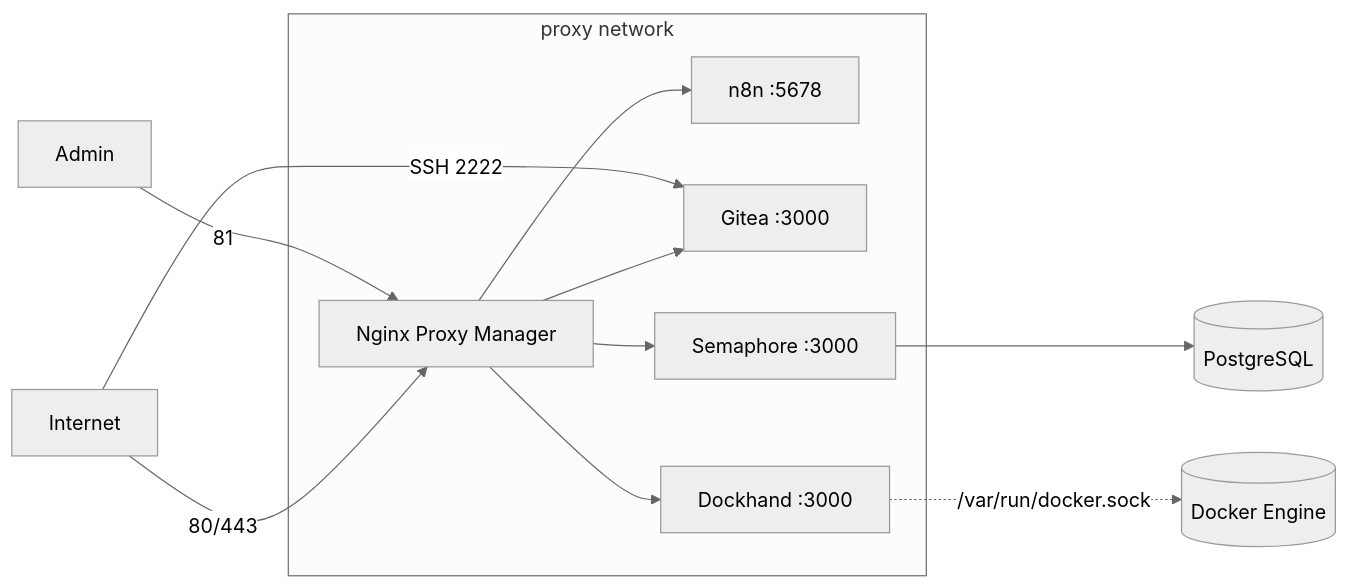
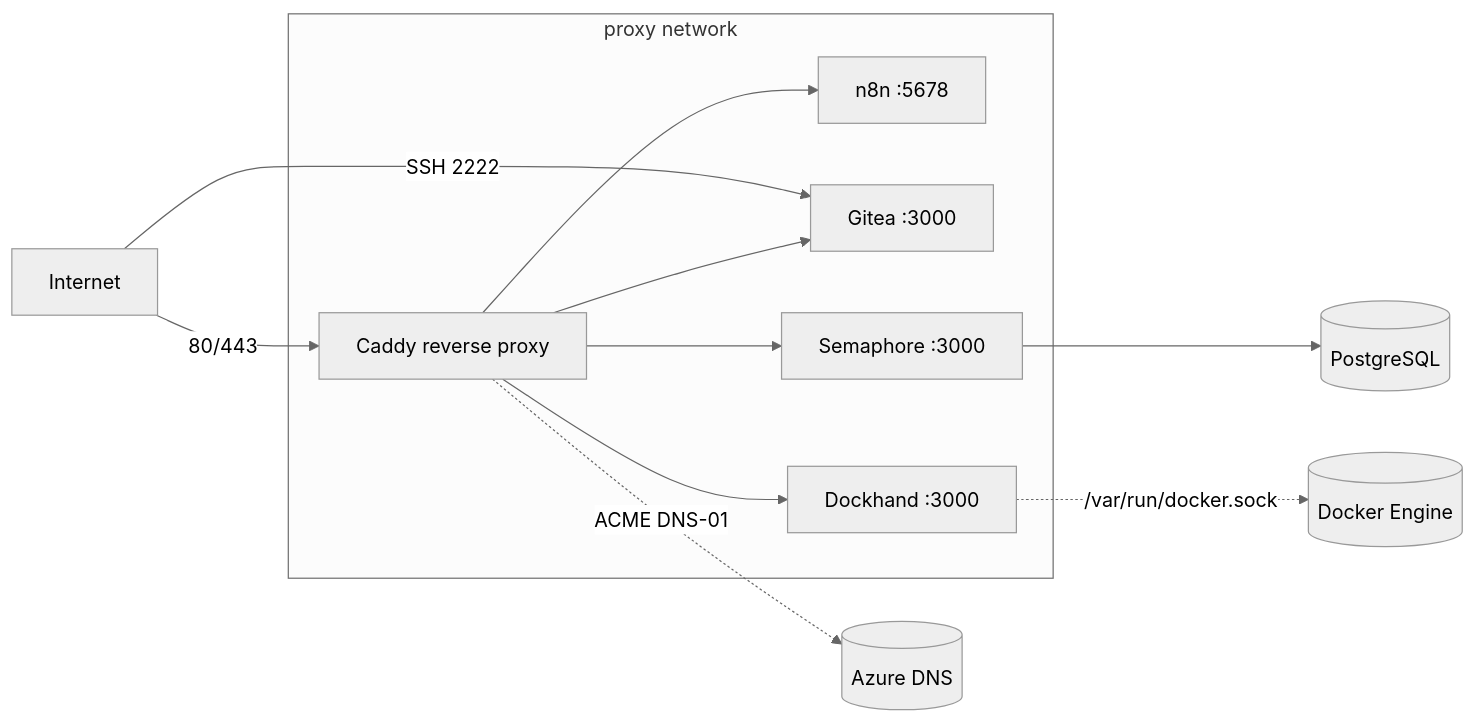
One commit to kurdem/LabMaster changed the diagram in README.md. Above: the diagram before and after it, drawn with Mermaid (neutral theme). The commit also changed other lines of this file and 13 other files, not shown here.

First line of the commit message:
Replace Nginx Proxy Manager with Caddy (Azure DNS-01 ACME)

````diff
--- a/README.md
+++ b/README.md
@@ -52,14 +61,14 @@
 ```mermaid
 flowchart LR
-    Internet -->|80/443| NPM[Nginx Proxy Manager]
+    Internet -->|80/443| CADDY[Caddy reverse proxy]
     subgraph proxy network
-        NPM --> N8N[n8n :5678]
-        NPM --> GITEA[Gitea :3000]
-        NPM --> SEM[Semaphore :3000]
-        NPM --> DH[Dockhand :3000]
+        CADDY --> N8N[n8n :5678]
+        CADDY --> GITEA[Gitea :3000]
+        CADDY --> SEM[Semaphore :3000]
+        CADDY --> DH[Dockhand :3000]
     end
+    CADDY -.->|ACME DNS-01| AZ[(Azure DNS)]
     DH -.->|/var/run/docker.sock| Docker[(Docker Engine)]
     SEM --> PG[(PostgreSQL)]
     Internet -->|SSH 2222| GITEA
-    Admin -->|81| NPM
 ```
````
